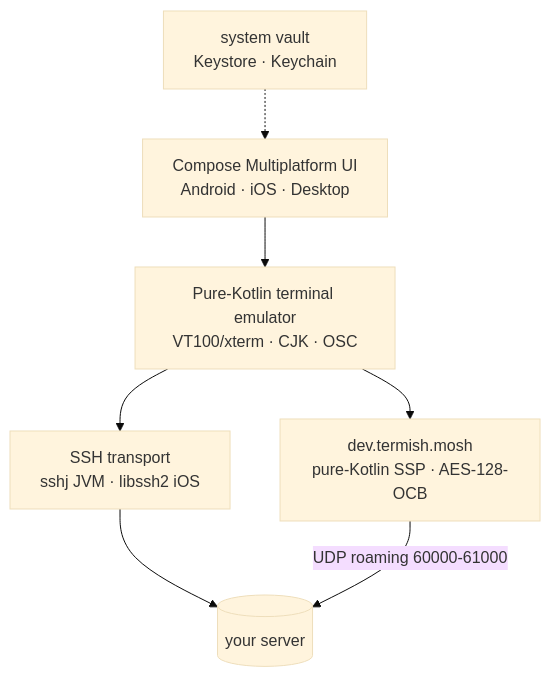
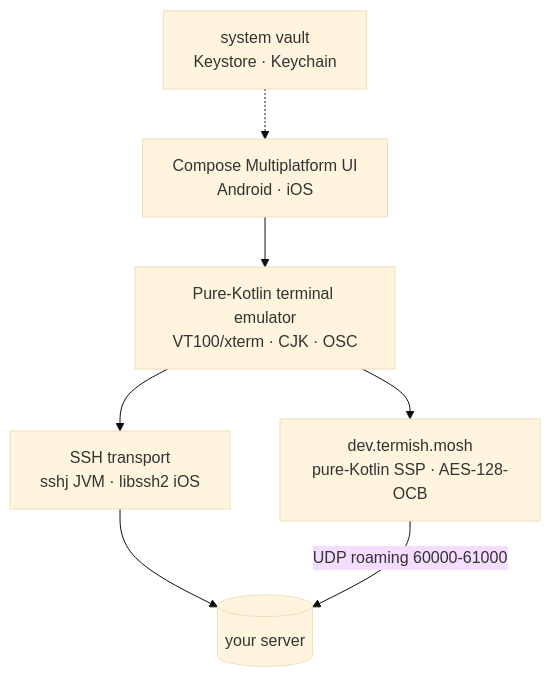
One commit to farlume/termish changed the diagram in README.md. Above: the diagram before and after it, drawn with Mermaid (base theme). The commit also changed other lines of this file and 106 other files, not shown here.

````diff
--- a/README.md
+++ b/README.md
@@ -118,9 +113,9 @@
 ```mermaid
 flowchart TB
-    UI[Compose Multiplatform UI<br/>Android · iOS · Desktop] --> TERM[Pure-Kotlin terminal emulator<br/>VT100/xterm · CJK · OSC]
+    UI[Compose Multiplatform UI<br/>Android · iOS] --> TERM[Pure-Kotlin terminal emulator<br/>VT100/xterm · CJK · OSC]
     TERM --> SSH[SSH transport<br/>sshj JVM · libssh2 iOS]
     TERM --> MOSH[dev.termish.mosh<br/>pure-Kotlin SSP · AES-128-OCB]
     SSH --> SRV[(your server)]
     MOSH -->|UDP roaming 60000-61000| SRV
     SEC[system vault<br/>Keystore · Keychain] -.-> UI
 ```
````
